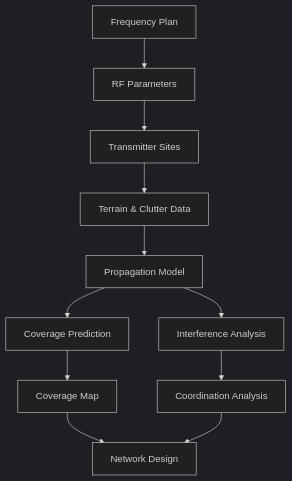
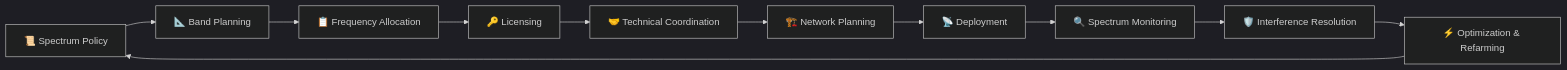
Before and after one commit to ishandutta2007/Awesome-Spectrum-Management: the second of 2 diagrams in README.md, drawn with Mermaid (dark theme). The commit also changed other lines of this file and 1 other file, not shown here.

````diff
--- a/README.md
+++ b/README.md
@@ -972,33 +307,13 @@
-```mermaid id="sp8rf1"
-
-flowchart TD
-
-    A[Frequency Plan] --> B[RF Parameters]
-
-    B --> C[Transmitter Sites]
-
-    C --> D[Terrain & Clutter Data]
-
-
-
-    D --> E[Propagation Model]
-
-
-
-    E --> F[Coverage Prediction]
-
-    E --> G[Interference Analysis]
-
-
-
-    F --> H[Coverage Map]
-
-    G --> I[Coordination Analysis]
-
-
-
-    H --> J[Network Design]
-
-    I --> J
-
+```mermaid id="splifecycle"
+flowchart LR
+    A["📜 Spectrum Policy"] --> B["📐 Band Planning"]
+    B --> C["📋 Frequency Allocation"]
+    C --> D["🔑 Licensing"]
+    D --> E["🤝 Technical Coordination"]
+    E --> F["🏗️ Network Planning"]
+    F --> G["📡 Deployment"]
+    G --> H["🔍 Spectrum Monitoring"]
+    H --> I["🛡️ Interference Resolution"]
+    I --> J["⚡ Optimization & Refarming"]
+    J --> A
 ```
````
